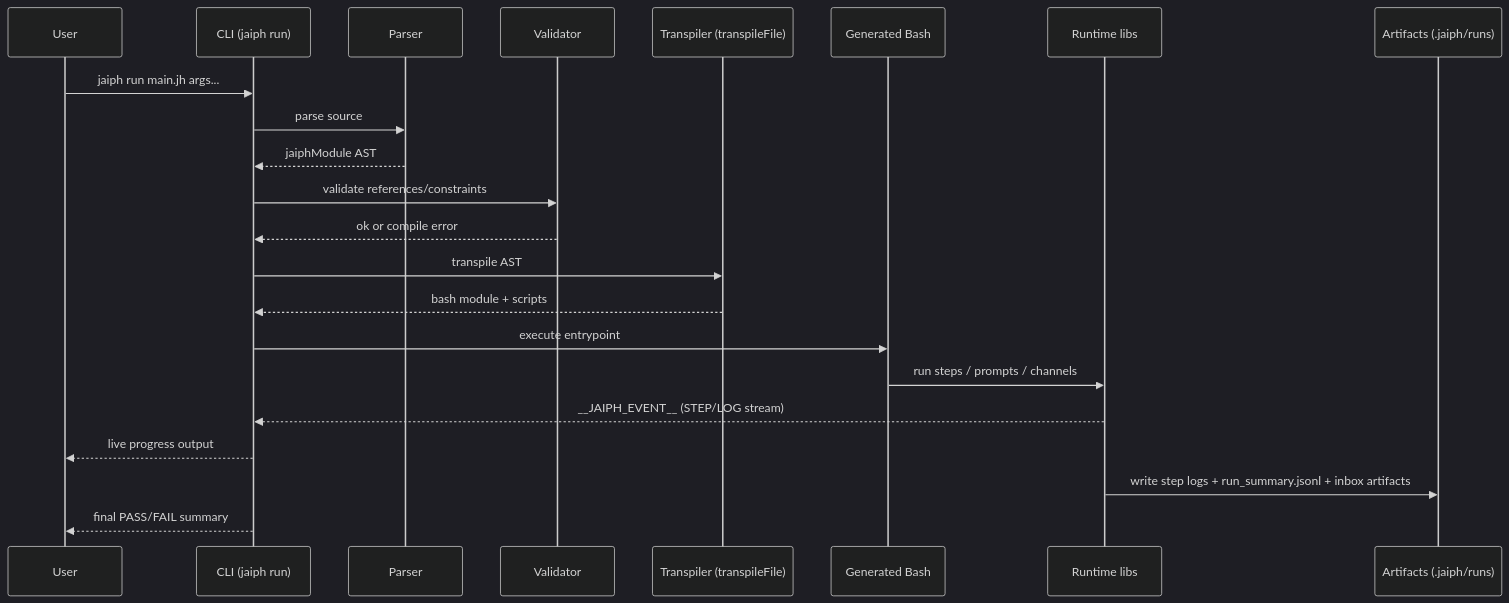
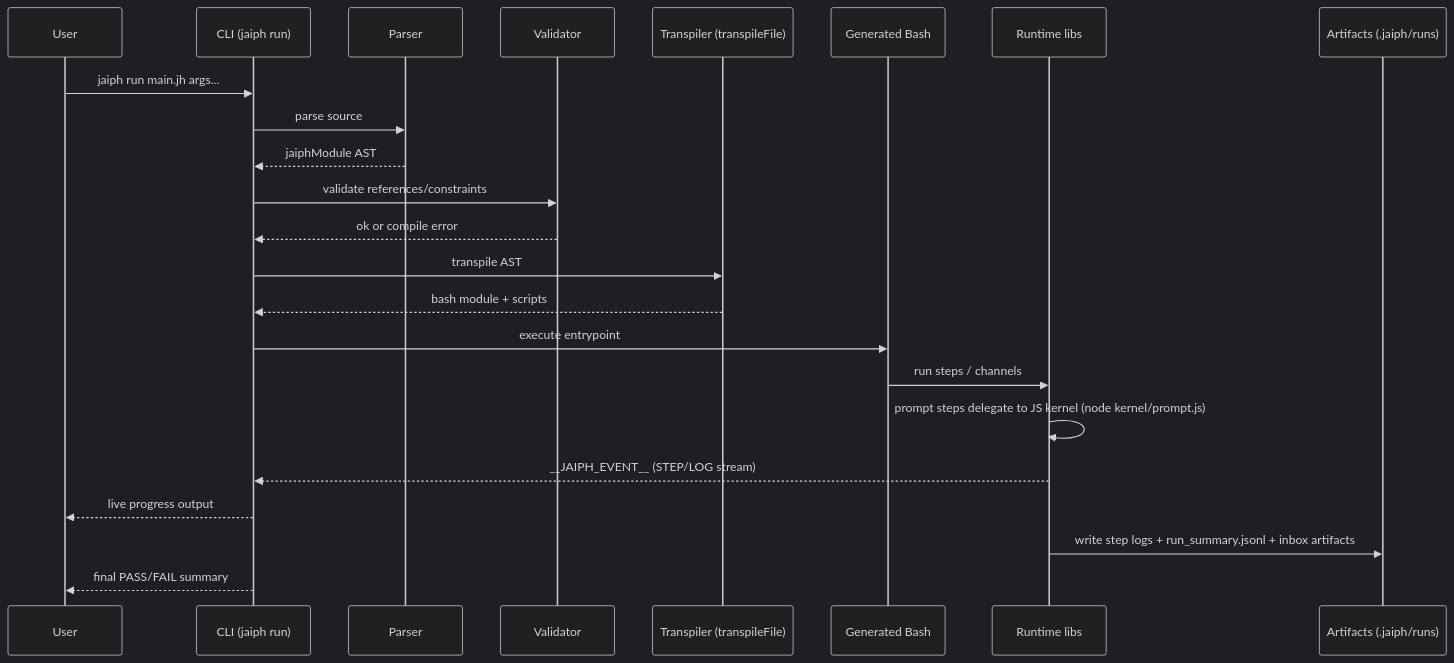
One commit to jaiphlang/jaiph changed the second of 3 diagrams in ARCHITECTURE.md. Above: the diagram before and after it, drawn with Mermaid (dark theme). The commit also changed other lines of this file and 15 other files, not shown here.

First line of the commit message:
Refactor: port prompt execution from Bash to TypeScript kernel

````diff
--- a/ARCHITECTURE.md
+++ b/ARCHITECTURE.md
@@ -164,25 +171,26 @@
 ```mermaid
 sequenceDiagram
     participant User
     participant CLI as CLI (jaiph run)
     participant Parser as Parser
     participant Validator as Validator
     participant Transpiler as Transpiler (transpileFile)
     participant Bash as Generated Bash
     participant Runtime as Runtime libs
     participant Report as Artifacts (.jaiph/runs)
 
     User->>CLI: jaiph run main.jh args...
     CLI->>Parser: parse source
     Parser-->>CLI: jaiphModule AST
     CLI->>Validator: validate references/constraints
     Validator-->>CLI: ok or compile error
     CLI->>Transpiler: transpile AST
     Transpiler-->>CLI: bash module + scripts
     CLI->>Bash: execute entrypoint
-    Bash->>Runtime: run steps / prompts / channels
+    Bash->>Runtime: run steps / channels
+    Runtime->>Runtime: prompt steps delegate to JS kernel (node kernel/prompt.js)
     Runtime-->>CLI: __JAIPH_EVENT__ (STEP/LOG stream)
     CLI-->>User: live progress output
     Runtime->>Report: write step logs + run_summary.jsonl + inbox artifacts
     CLI-->>User: final PASS/FAIL summary
 ```
````
